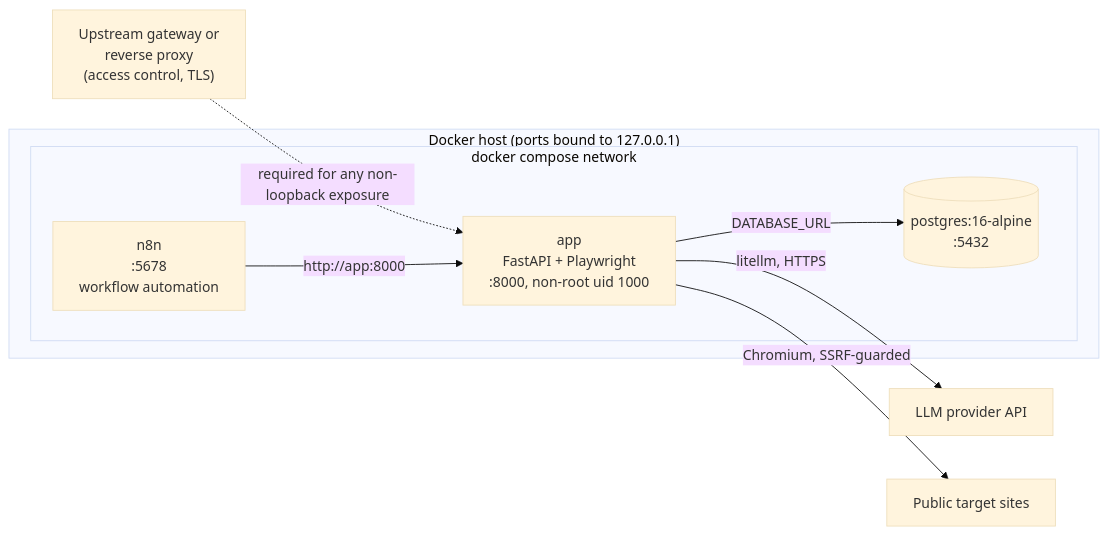
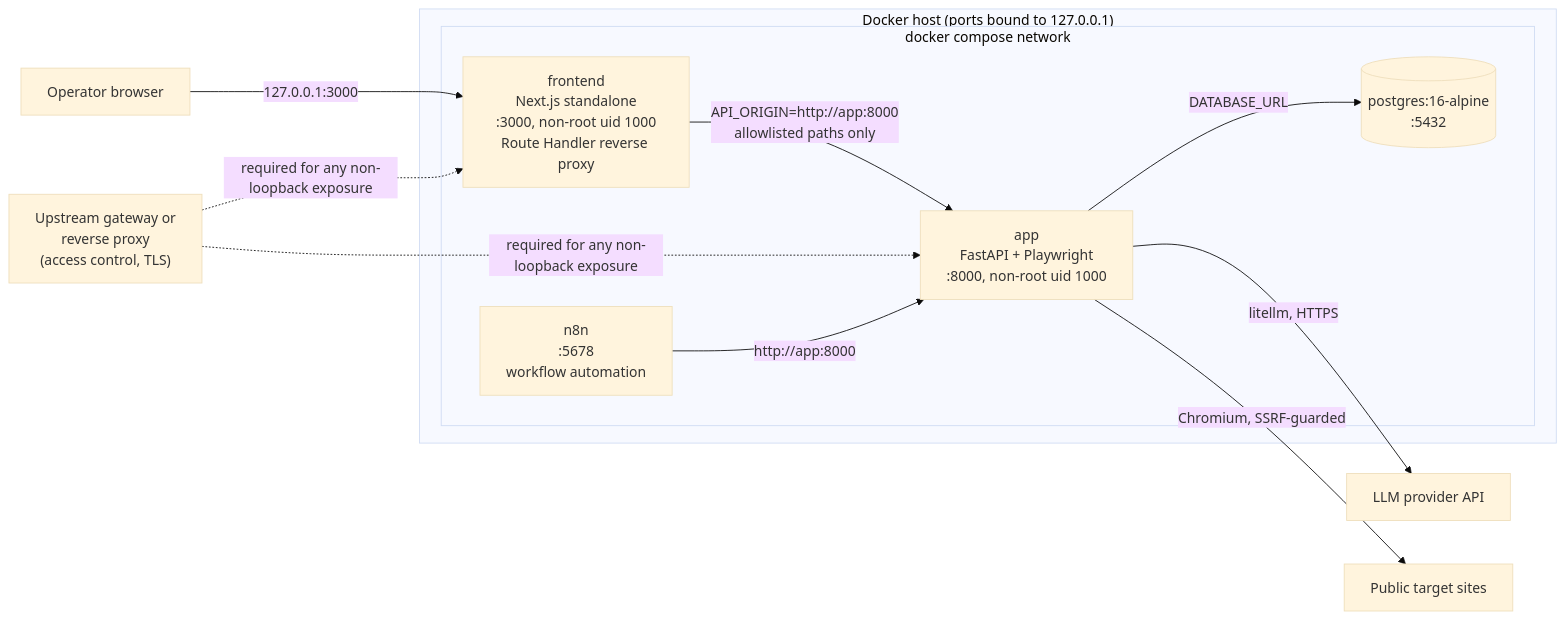
The fourth of 4 diagrams in docs/internal/architecture.md (Nazar-Plokhuta/lead-enrichment-agent), drawn with Mermaid (base theme) before and after one commit. The commit also changed other lines of this file and 6 other files, not shown here.

````diff
--- a/docs/internal/architecture.md
+++ b/docs/internal/architecture.md
@@ -383,19 +385,24 @@
 ```mermaid
 flowchart LR
+    BROWSER["Operator browser"]
     subgraph Host ["Docker host (ports bound to 127.0.0.1)"]
         subgraph Compose ["docker compose network"]
+            FE["frontend<br/>Next.js standalone<br/>:3000, non-root uid 1000<br/>Route Handler reverse proxy"]
             N8N["n8n<br/>:5678<br/>workflow automation"]
             APP["app<br/>FastAPI + Playwright<br/>:8000, non-root uid 1000"]
             PGS[("postgres:16-alpine<br/>:5432")]
         end
     end
     GW["Upstream gateway or<br/>reverse proxy<br/>(access control, TLS)"]
     LLMP["LLM provider API"]
     WEB["Public target sites"]
 
+    BROWSER -->|"127.0.0.1:3000"| FE
+    FE -->|"API_ORIGIN=http://app:8000<br/>allowlisted paths only"| APP
+    GW -.->|"required for any non-loopback exposure"| FE
     GW -.->|"required for any non-loopback exposure"| APP
     N8N -->|"http://app:8000"| APP
     APP -->|"DATABASE_URL"| PGS
     APP -->|"litellm, HTTPS"| LLMP
     APP -->|"Chromium, SSRF-guarded"| WEB
 ```
````
